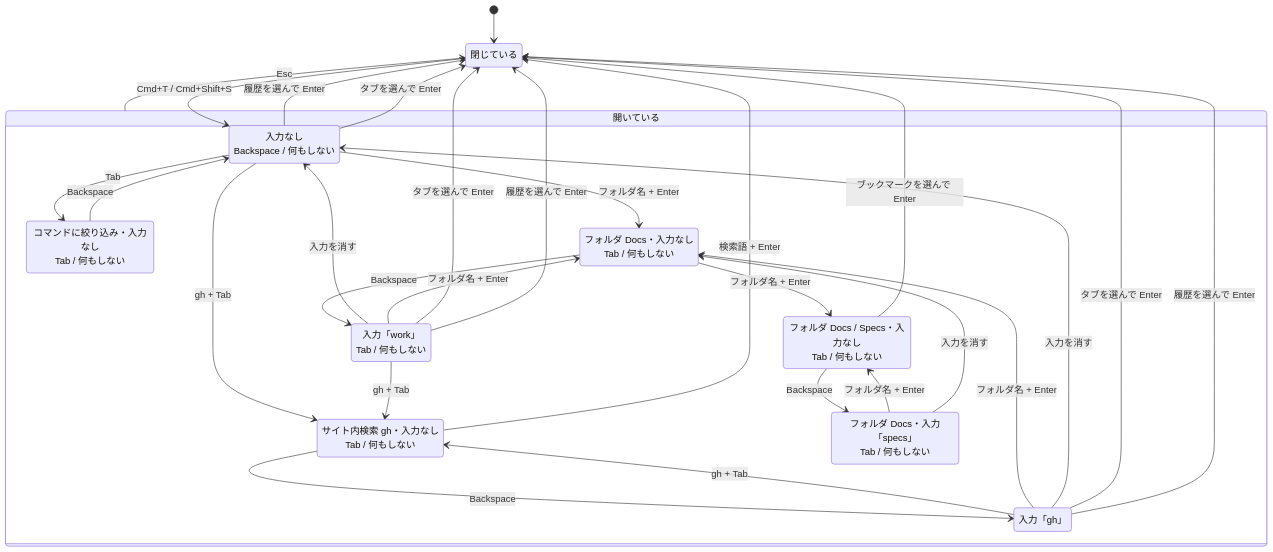
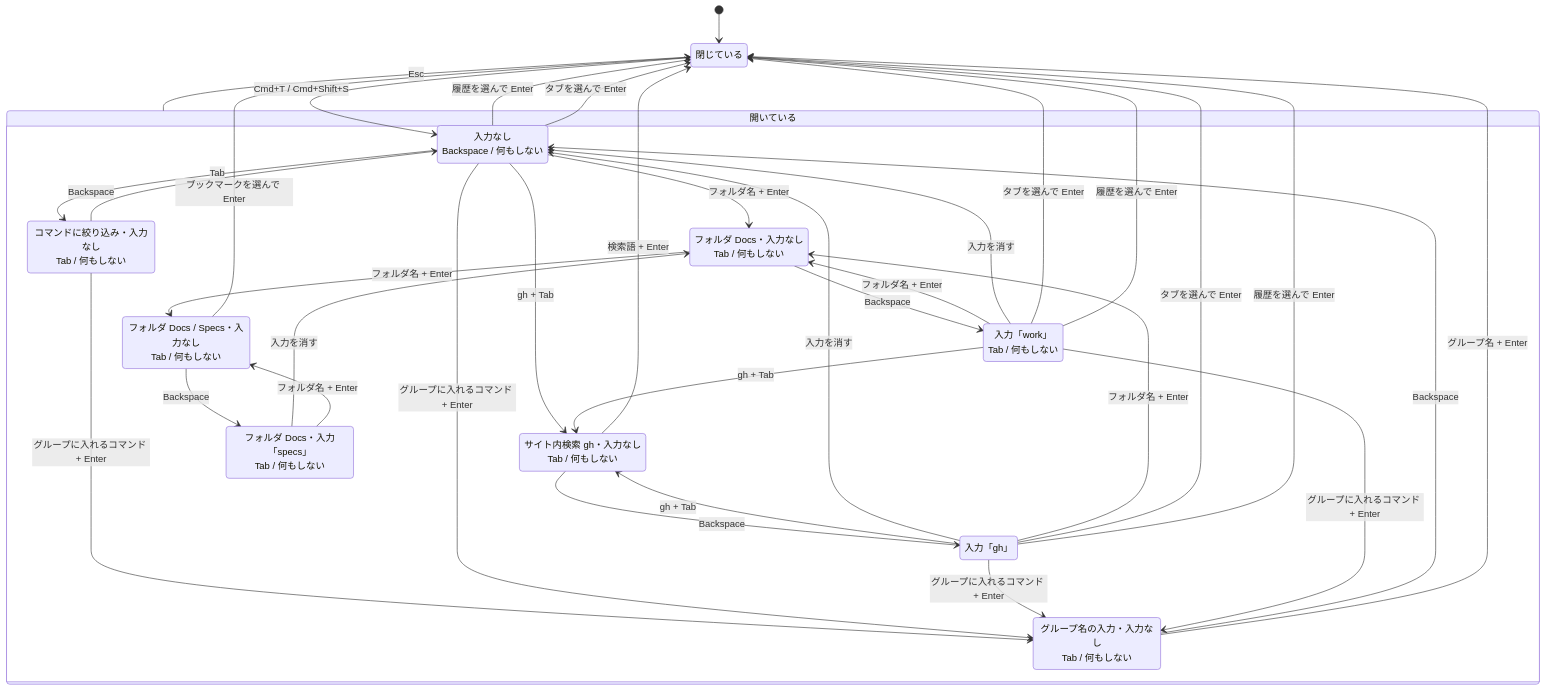
One commit to takasa5/chrome-command-palette changed the diagram in e2e/graph/generated/palette.md. Above: the diagram before and after it, drawn with Mermaid. The commit also changed other lines of this file and 4 other files, not shown here.

````diff
--- a/e2e/graph/generated/palette.md
+++ b/e2e/graph/generated/palette.md
@@ -9,41 +9,48 @@
 ```mermaid
 stateDiagram-v2
   closed : 閉じている
   [*] --> closed
   state 開いている {
     s0 : 入力なし<br/>Backspace / 何もしない
     s1 : 入力「gh」
     s2 : 入力「work」<br/>Tab / 何もしない
     s3 : コマンドに絞り込み・入力なし<br/>Tab / 何もしない
     s4 : サイト内検索 gh・入力なし<br/>Tab / 何もしない
-    s5 : フォルダ Docs・入力なし<br/>Tab / 何もしない
-    s6 : フォルダ Docs・入力「specs」<br/>Tab / 何もしない
-    s7 : フォルダ Docs / Specs・入力なし<br/>Tab / 何もしない
+    s5 : グループ名の入力・入力なし<br/>Tab / 何もしない
+    s6 : フォルダ Docs・入力なし<br/>Tab / 何もしない
+    s7 : フォルダ Docs・入力「specs」<br/>Tab / 何もしない
+    s8 : フォルダ Docs / Specs・入力なし<br/>Tab / 何もしない
     s0 --> s3 : Tab
+    s3 --> s5 : グループに入れるコマンド + Enter
+    s0 --> s6 : フォルダ名 + Enter
+    s0 --> s5 : グループに入れるコマンド + Enter
+    s6 --> s2 : Backspace
+    s2 --> s6 : フォルダ名 + Enter
+    s6 --> s8 : フォルダ名 + Enter
+    s8 --> s7 : Backspace
+    s7 --> s6 : 入力を消す
+    s7 --> s8 : フォルダ名 + Enter
+    s5 --> s0 : Backspace
     s3 --> s0 : Backspace
-    s0 --> s5 : フォルダ名 + Enter
     s0 --> s4 : gh + Tab
-    s5 --> s2 : Backspace
     s2 --> s0 : 入力を消す
     s4 --> s1 : Backspace
-    s5 --> s7 : フォルダ名 + Enter
-    s7 --> s6 : Backspace
-    s6 --> s7 : フォルダ名 + Enter
+    s1 --> s4 : gh + Tab
+    s1 --> s0 : 入力を消す
+    s1 --> s5 : グループに入れるコマンド + Enter
     s2 --> s4 : gh + Tab
-    s1 --> s4 : gh + Tab
-    s1 --> s5 : フォルダ名 + Enter
-    s6 --> s5 : 入力を消す
-    s1 --> s0 : 入力を消す
-    s2 --> s5 : フォルダ名 + Enter
+    s2 --> s5 : グループに入れるコマンド + Enter
+    s1 --> s6 : フォルダ名 + Enter
   }
+  s5 --> closed : グループ名 + Enter
   s0 --> closed : 履歴を選んで Enter
   s0 --> closed : タブを選んで Enter
+  s8 --> closed : ブックマークを選んで Enter
   s4 --> closed : 検索語 + Enter
+  s1 --> closed : タブを選んで Enter
   s2 --> closed : タブを選んで Enter
-  s7 --> closed : ブックマークを選んで Enter
-  s1 --> closed : タブを選んで Enter
+  s1 --> closed : 履歴を選んで Enter
   s2 --> closed : 履歴を選んで Enter
-  s1 --> closed : 履歴を選んで Enter
   closed --> s0 : Cmd+T / Cmd+Shift+S
   開いている --> closed : Esc
 ```
````
